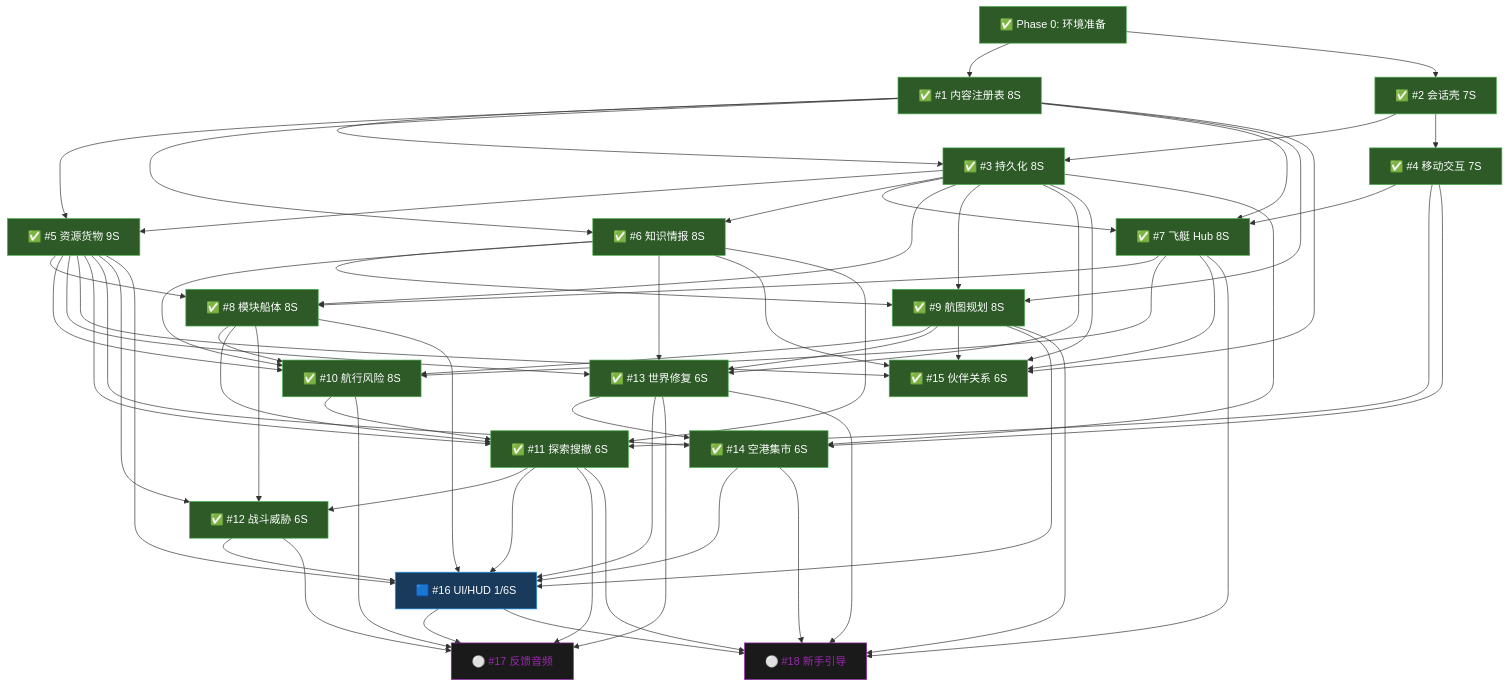
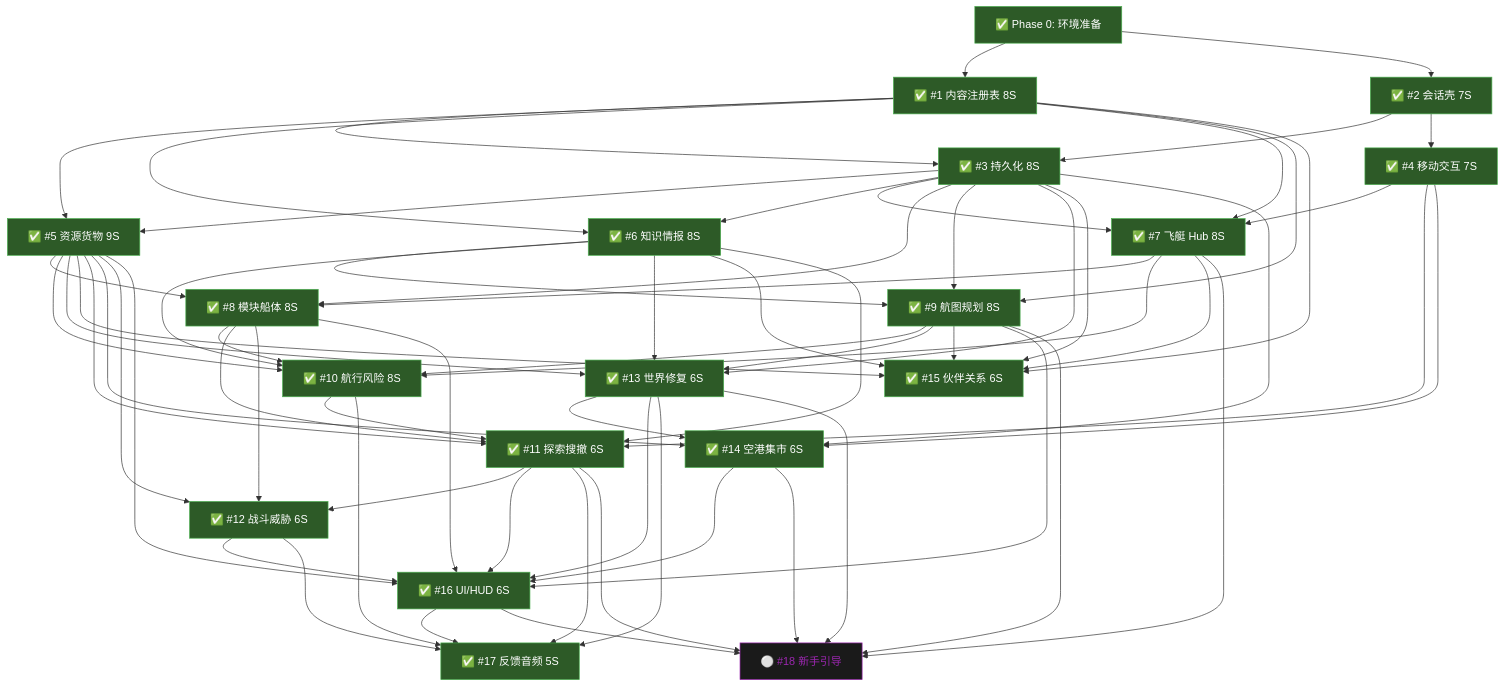
Before and after one commit to lieinsay/Claude-Code-Game-Studios: the second of 3 diagrams in docs/reference/production-flowchart.md, drawn with Mermaid. The commit also changed other lines of this file and 5 other files, not shown here.

```diff
--- a/docs/reference/production-flowchart.md
+++ b/docs/reference/production-flowchart.md
@@ -89,9 +89,9 @@
 
     S12["✅ #12 战斗威胁 6S"]:::done
 
-    S16["🟦 #16 UI/HUD 1/6S"]:::active
+    S16["✅ #16 UI/HUD 6S"]:::done
 
-    S17["⚪ #17 反馈音频"]:::vs
+    S17["✅ #17 反馈音频 5S"]:::done
     S18["⚪ #18 新手引导"]:::vs
 
     P0 --> S1
```
